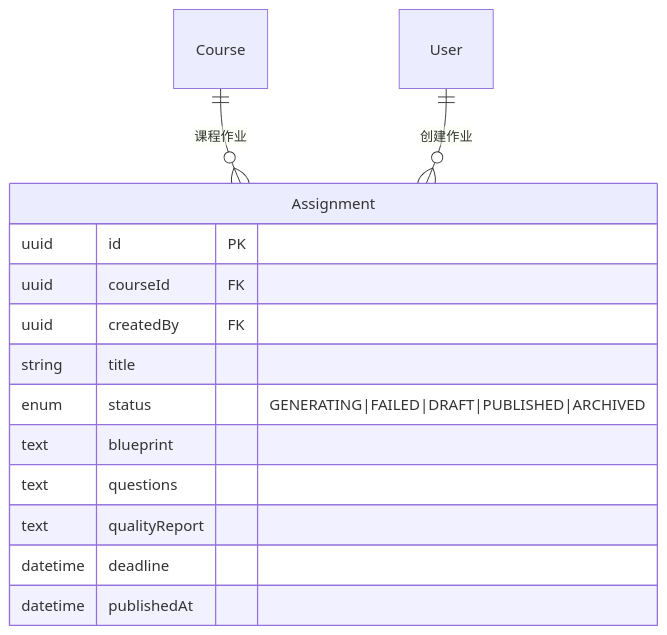
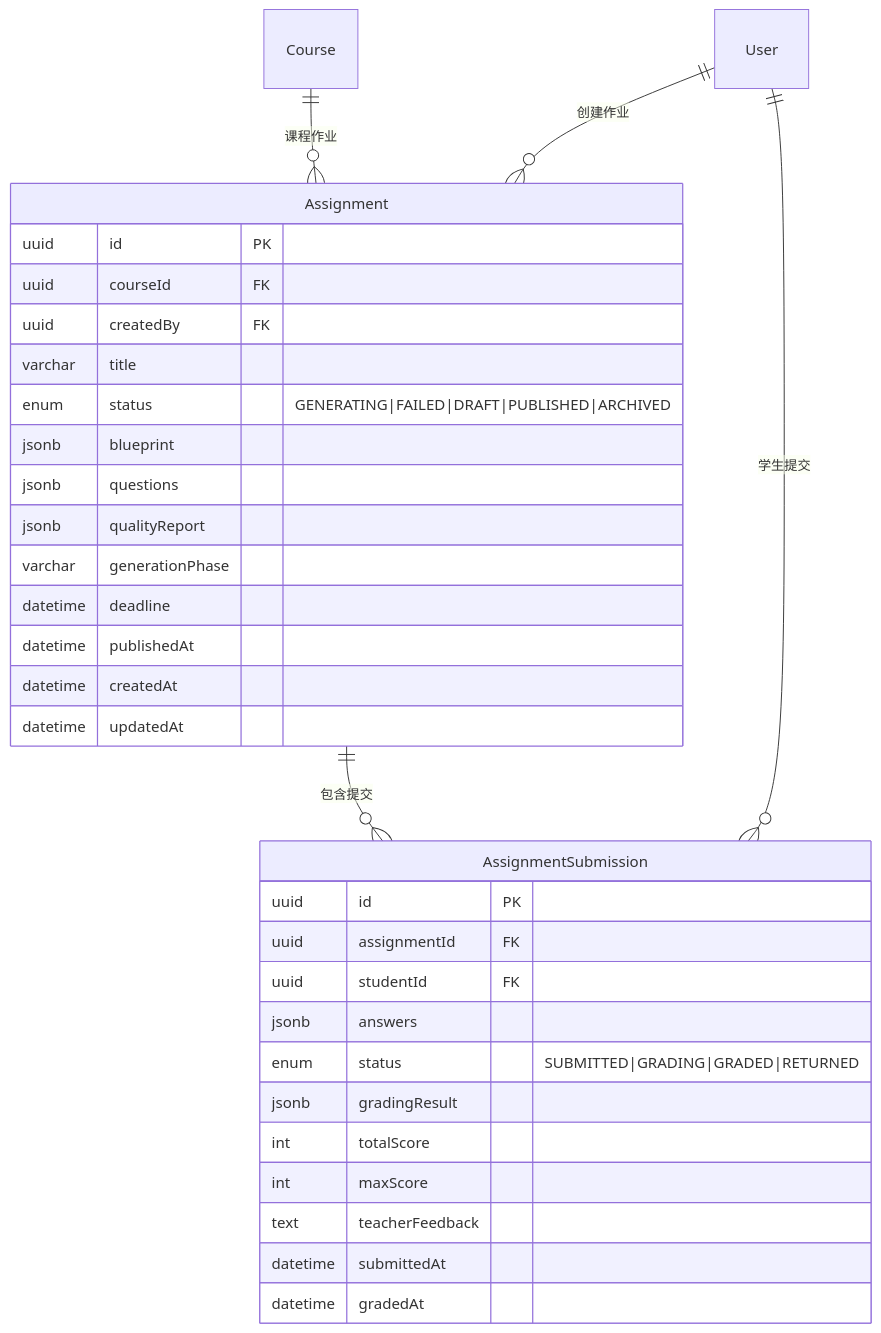
Diagram 22 of 24 in thesis.md (mocha196/eduAgent), drawn with Mermaid before and after one commit. The commit also changed other lines of this file and 42 other files, not shown here.

````diff
--- a/thesis.md
+++ b/thesis.md
@@ -987,18 +1007,36 @@
 ```mermaid
 erDiagram
     Assignment {
         uuid id PK
         uuid courseId FK
         uuid createdBy FK
-        string title
+        varchar title
         enum status "GENERATING|FAILED|DRAFT|PUBLISHED|ARCHIVED"
-        text blueprint
-        text questions
-        text qualityReport
+        jsonb blueprint
+        jsonb questions
+        jsonb qualityReport
+        varchar generationPhase
         datetime deadline
         datetime publishedAt
+        datetime createdAt
+        datetime updatedAt
+    }
+    AssignmentSubmission {
+        uuid id PK
+        uuid assignmentId FK
+        uuid studentId FK
+        jsonb answers
+        enum status "SUBMITTED|GRADING|GRADED|RETURNED"
+        jsonb gradingResult
+        int totalScore
+        int maxScore
+        text teacherFeedback
+        datetime submittedAt
+        datetime gradedAt
     }
 
     Course ||--o{ Assignment : "课程作业"
     User ||--o{ Assignment : "创建作业"
+    Assignment ||--o{ AssignmentSubmission : "包含提交"
+    User ||--o{ AssignmentSubmission : "学生提交"
 ```
````
